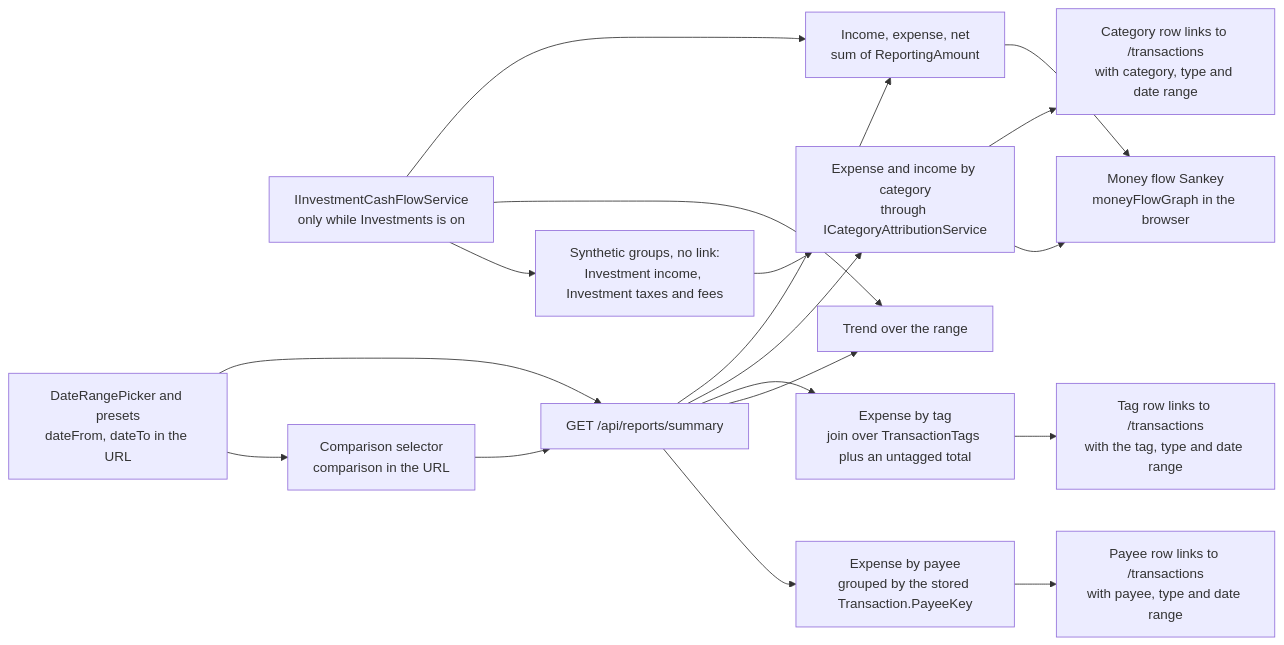
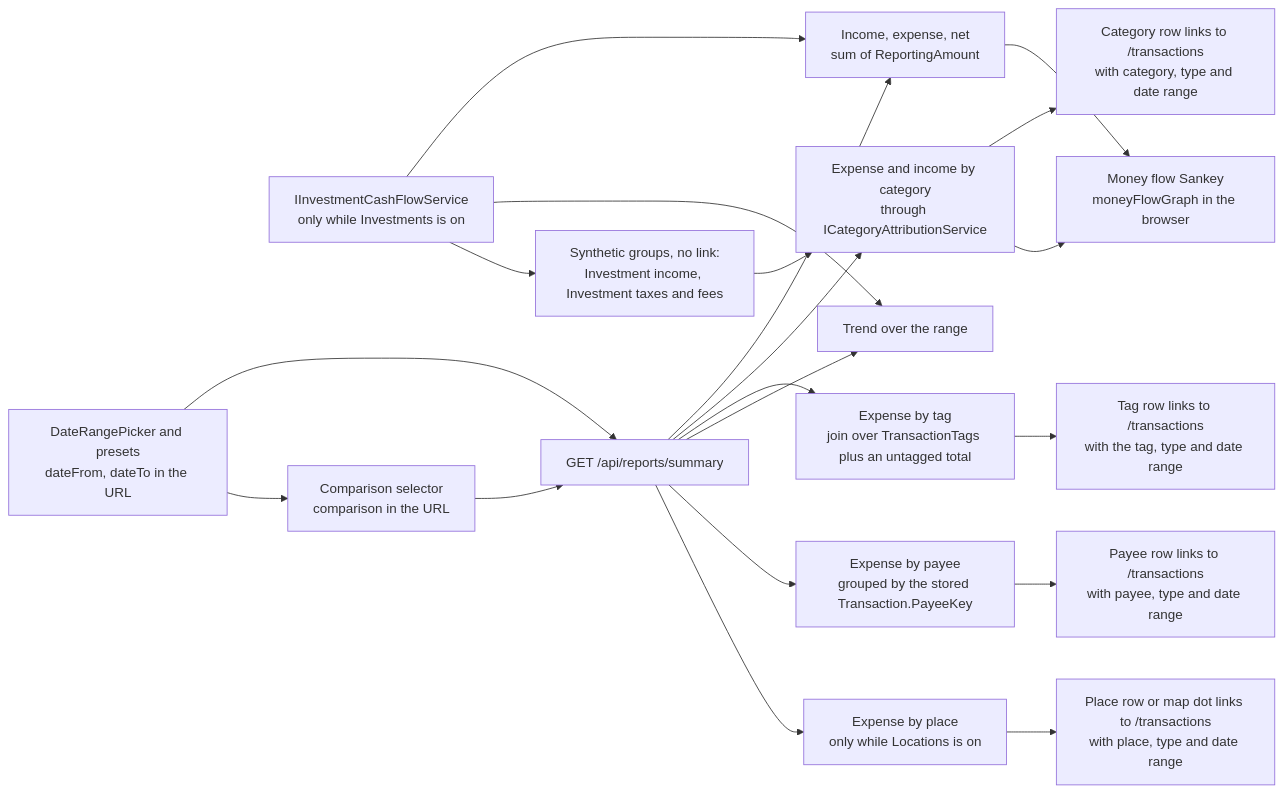
One commit to Justxs/Jx-Finance changed the first of 2 diagrams in docs/features/reports.md. Above: the diagram before and after it, drawn with Mermaid. The commit also changed other lines of this file and 169 other files, not shown here.

First line of the commit message:
feat(transactions): record where a payment was made and map spending by place

````diff
--- a/docs/features/reports.md
+++ b/docs/features/reports.md
@@ -7,20 +7,22 @@
 ```mermaid
 flowchart LR
     Range["DateRangePicker and presets<br/>dateFrom, dateTo in the URL"] --> Api["GET /api/reports/summary"]
     Api --> Totals["Income, expense, net<br/>sum of ReportingAmount"]
     Api --> Break["Expense and income by category<br/>through ICategoryAttributionService"]
     Api --> Tags["Expense by tag<br/>join over TransactionTags plus an untagged total"]
     Api --> Trend["Trend over the range"]
     Break --> Drill["Category row links to /transactions<br/>with category, type and date range"]
     Break --> Flow["Money flow Sankey<br/>moneyFlowGraph in the browser"]
     Totals --> Flow
     Tags --> TagDrill["Tag row links to /transactions<br/>with the tag, type and date range"]
     Api --> Payees["Expense by payee<br/>grouped by the stored Transaction.PayeeKey"]
     Payees --> PayeeDrill["Payee row links to /transactions<br/>with payee, type and date range"]
+    Api --> Places["Expense by place<br/>only while Locations is on"]
+    Places --> PlaceDrill["Place row or map dot links to /transactions<br/>with place, type and date range"]
     Inv["IInvestmentCashFlowService<br/>only while Investments is on"] --> Totals
     Inv --> Trend
     Inv --> Groups["Synthetic groups, no link:<br/>Investment income, Investment taxes and fees"]
     Groups --> Break
     Range --> Compare["Comparison selector<br/>comparison in the URL"]
     Compare --> Api
 ```
````
